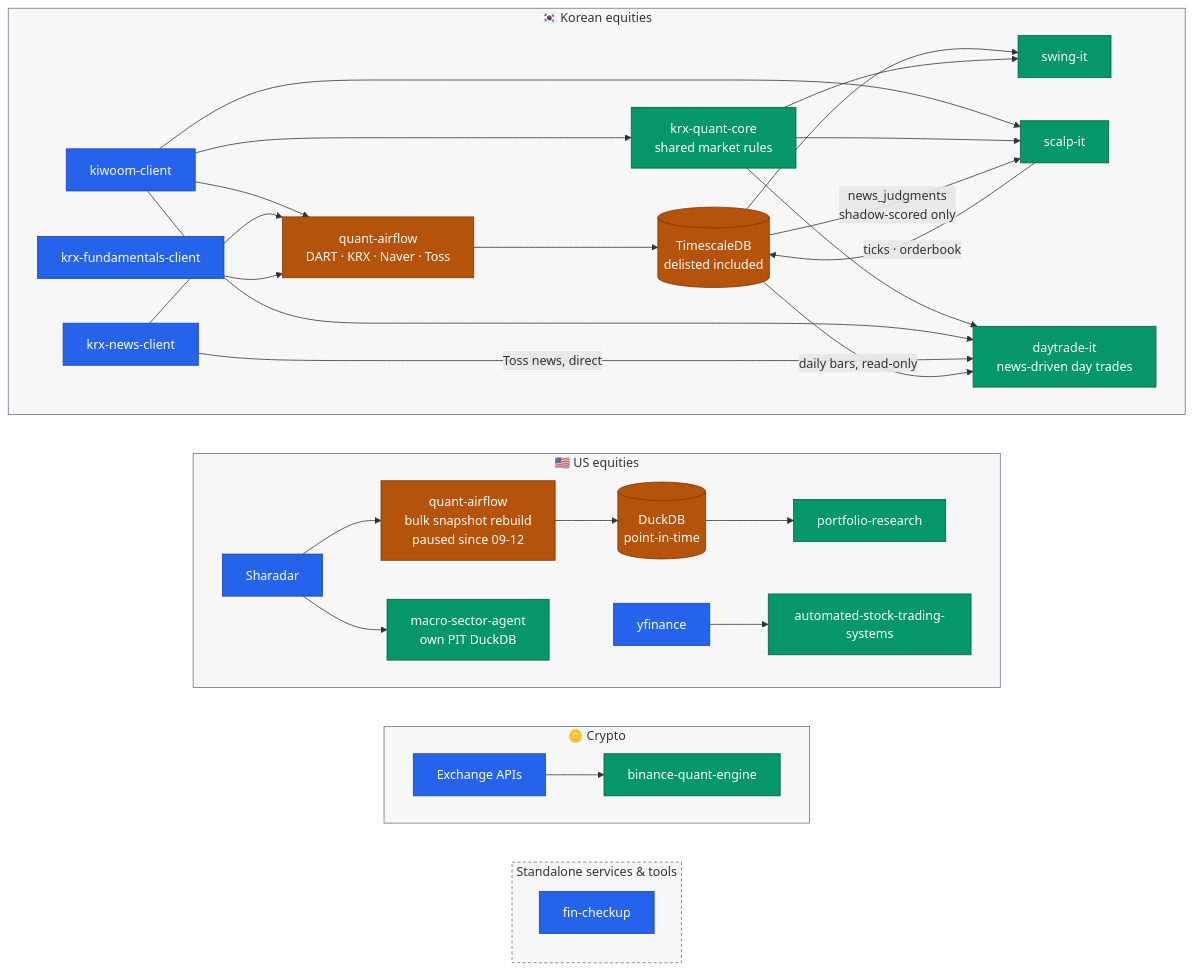
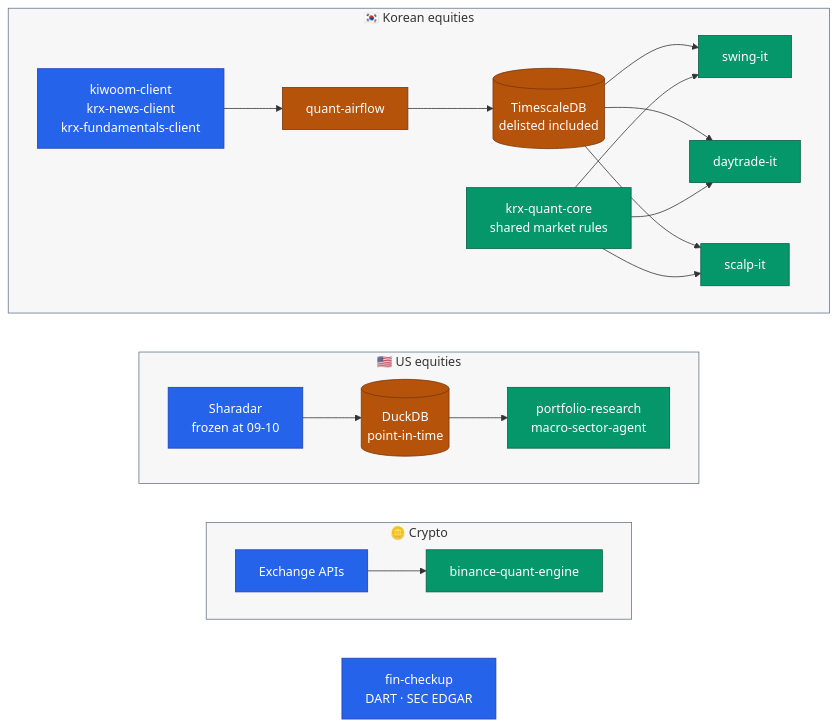
The diagram in README.md (younghwan91/younghwan91), drawn with Mermaid before and after one commit. The commit also changed other lines of this file and 1 other file, not shown here.

First line of the commit message:
docs(readme): 10-11 기준 갱신 — trader 처분·단일 호스트, daytrade-it 종이매매 전환·판정 종결, 간소화

````diff
--- a/README.md
+++ b/README.md
@@ -21,52 +21,37 @@
 ```mermaid
 flowchart TB
     subgraph KR ["🇰🇷 Korean equities"]
         direction LR
-        K["kiwoom-client"] --> AF["quant-airflow<br/>DART · KRX · Naver · Toss"] --> DB[("TimescaleDB<br/>delisted included")] --> Q["swing-it"]
-        NW["krx-news-client"] --> AF
-        F["krx-fundamentals-client"] --> AF
-        K --> SC["scalp-it"]
-        KC["krx-quant-core<br/>shared market rules"] --> SC
-        KC --> KSIG
-        KC --> Q
-        K --> KC
-        SC -- "ticks · orderbook" --> DB
-        DB -- "news_judgments<br/>shadow-scored only" --> SC
-        K --> KSIG["daytrade-it<br/>news-driven day trades"]
-        NW -- "Toss news, direct" --> KSIG
-        DB -- "daily bars, read-only" --> KSIG
+        SRC["kiwoom-client<br/>krx-news-client<br/>krx-fundamentals-client"] --> AF["quant-airflow"] --> DB[("TimescaleDB<br/>delisted included")]
+        DB --> SW["swing-it"]
+        DB --> DT["daytrade-it"]
+        DB --> SC["scalp-it"]
+        KC["krx-quant-core<br/>shared market rules"] --> SW & DT & SC
     end
 
     subgraph US ["🇺🇸 US equities"]
         direction LR
-        SH["Sharadar"] --> AFU["quant-airflow<br/>bulk snapshot rebuild<br/>paused since 09-12"] --> DD[("DuckDB<br/>point-in-time")] --> O["portfolio-research"]
-        SH --> MS["macro-sector-agent<br/>own PIT DuckDB"]
-        YF["yfinance"] --> AT["automated-stock-trading-systems"]
+        SH["Sharadar<br/>frozen at 09-10"] --> DD[("DuckDB<br/>point-in-time")] --> PR["portfolio-research<br/>macro-sector-agent"]
     end
 
     subgraph CX ["🪙 Crypto"]
         direction LR
         EX["Exchange APIs"] --> CR["binance-quant-engine"]
     end
 
-    subgraph SVC ["Standalone services & tools"]
-        direction TB
-        FC["fin-checkup"]
-    end
+    FC["fin-checkup<br/>DART · SEC EDGAR"]
 
-    %% 세로 정렬용 — `~~~` 는 그 자체로 보이지 않는 링크다(linkStyle 불필요).
-    KR ~~~ US ~~~ CX ~~~ SVC
+    KR ~~~ US ~~~ CX ~~~ FC
 
     classDef source fill:#2563EB,stroke:#1E40AF,color:#FFFFFF
     classDef move   fill:#B45309,stroke:#78350F,color:#FFFFFF
     classDef out    fill:#059669,stroke:#065F46,color:#FFFFFF
 
-    class K,SH,YF,EX,F,NW,FC source
-    class AF,AFU,DB,DD move
-    class Q,O,AT,CR,SC,MS,KSIG,KC out
+    class SRC,SH,EX,FC source
+    class AF,DB,DD move
+    class SW,DT,SC,KC,PR,CR out
 
-    style KR  fill:#0F172A08,stroke:#64748B
-    style US  fill:#0F172A08,stroke:#64748B
-    style CX  fill:#0F172A08,stroke:#64748B
-    style SVC fill:#0F172A08,stroke:#64748B,stroke-dasharray:4 3
+    style KR fill:#0F172A08,stroke:#64748B
+    style US fill:#0F172A08,stroke:#64748B
+    style CX fill:#0F172A08,stroke:#64748B
 ```
````
